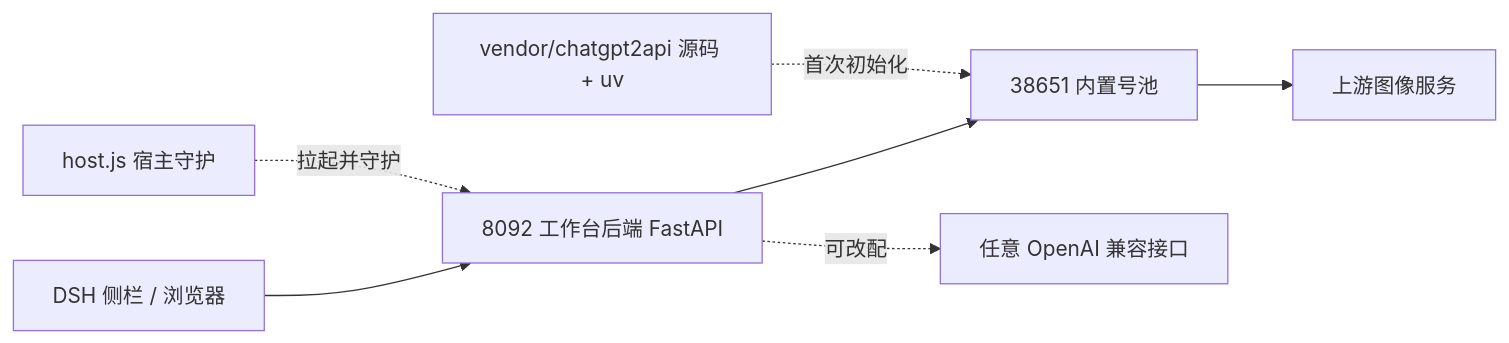
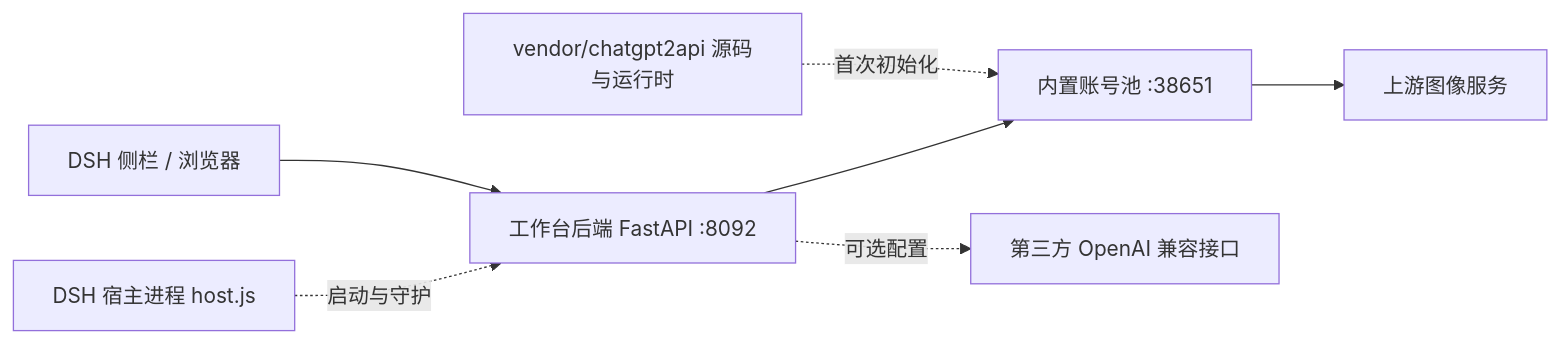
Before and after one commit to guohwa/dsh-plugin-image-workbench: the diagram in README.md, drawn with Mermaid. The commit also changed other lines of this file and 4 other files, not shown here.

````diff
--- a/README.md
+++ b/README.md
@@ -26,9 +42,9 @@
 ```mermaid
 flowchart LR
-  U["DSH 侧栏 / 浏览器"] --> W["8092 工作台后端 FastAPI"]
-  H["host.js 宿主守护"] -. 拉起并守护 .-> W
-  W --> P["38651 内置号池"]
-  V["vendor/chatgpt2api 源码 + uv"] -. 首次初始化 .-> P
+  U["DSH 侧栏 / 浏览器"] --> W["工作台后端 FastAPI :8092"]
+  H["DSH 宿主进程 host.js"] -. 启动与守护 .-> W
+  V["vendor/chatgpt2api 源码与运行时"] -. 首次初始化 .-> P
+  W --> P["内置账号池 :38651"]
   P --> UP["上游图像服务"]
-  W -. 可改配 .-> API["任意 OpenAI 兼容接口"]
+  W -. 可选配置 .-> API["第三方 OpenAI 兼容接口"]
 ```
````
